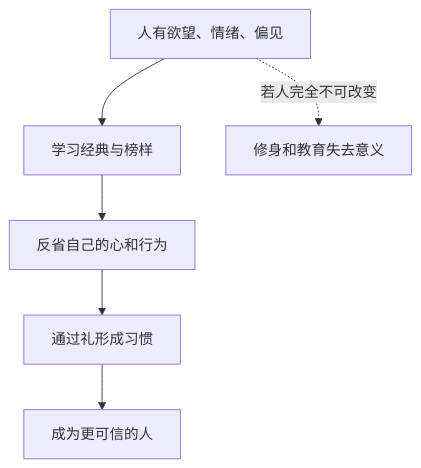
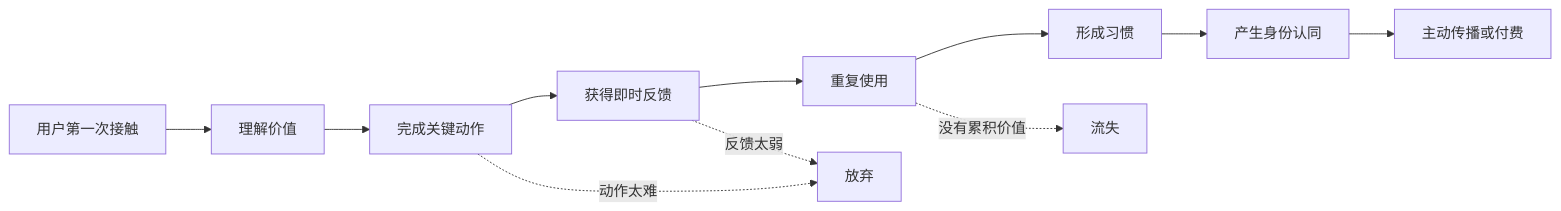
The second of 2 diagrams in 202605/20260518_17.md (digoal/blog), drawn with Mermaid before and after one commit. The commit also changed other lines of this file and 26 other files, not shown here.

````diff
--- a/202605/20260518_17.md
+++ b/202605/20260518_17.md
@@ -22,8 +180,14 @@
 ```mermaid
-flowchart TD
-  A["人有欲望、情绪、偏见"] --> B["学习经典与榜样"]
-  B --> C["反省自己的心和行为"]
-  C --> D["通过礼形成习惯"]
-  D --> E["成为更可信的人"]
-  A -. "若人完全不可改变" .-> F["修身和教育失去意义"]
+flowchart LR
+  A["用户第一次接触"] --> B["理解价值"]
+  B --> C["完成关键动作"]
+  C --> D["获得即时反馈"]
+  D --> E["重复使用"]
+  E --> F["形成习惯"]
+  F --> G["产生身份认同"]
+  G --> H["主动传播或付费"]
+
+  C -. "动作太难" .-> I["放弃"]
+  D -. "反馈太弱" .-> I
+  E -. "没有累积价值" .-> J["流失"]
 ```
````
